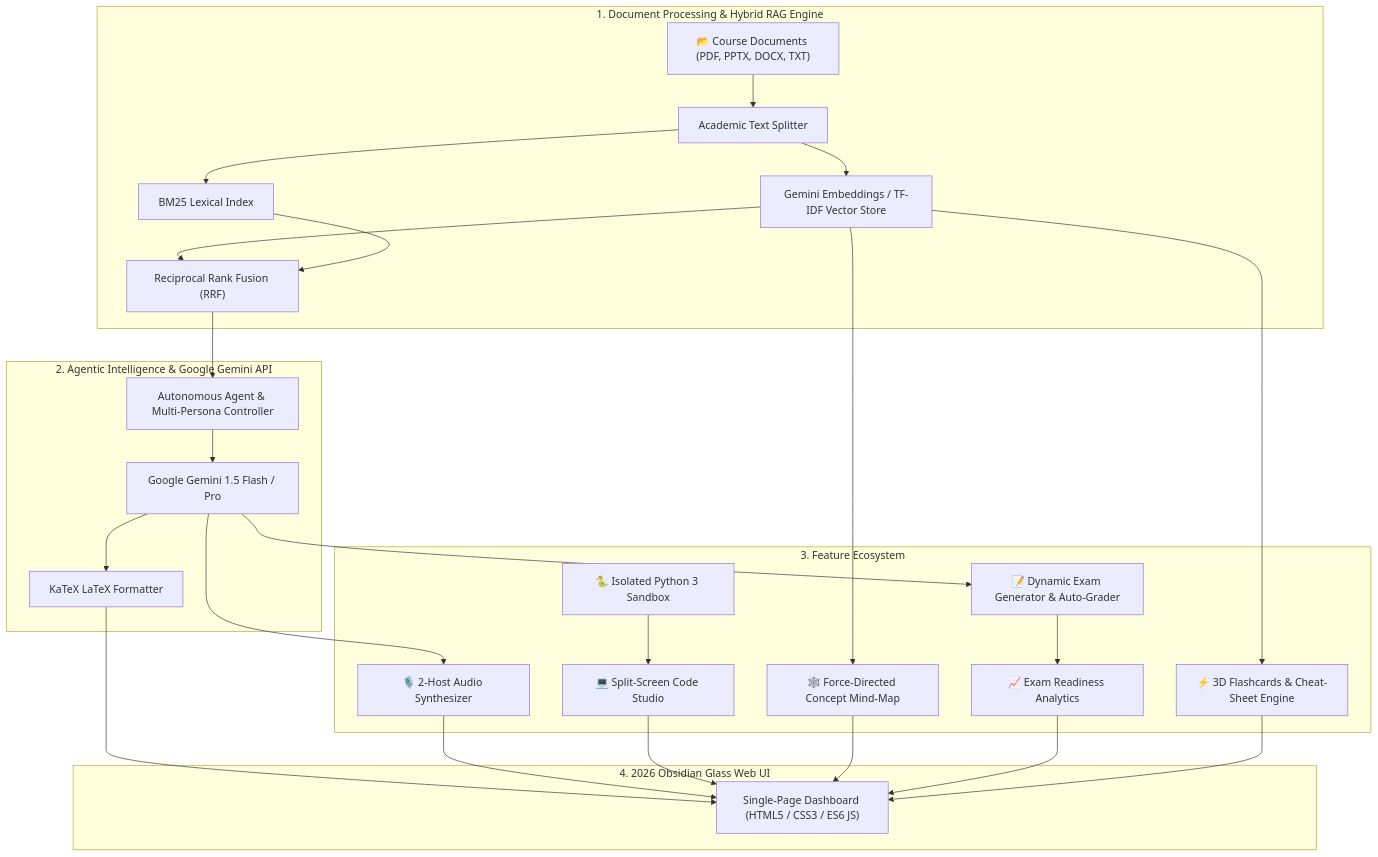
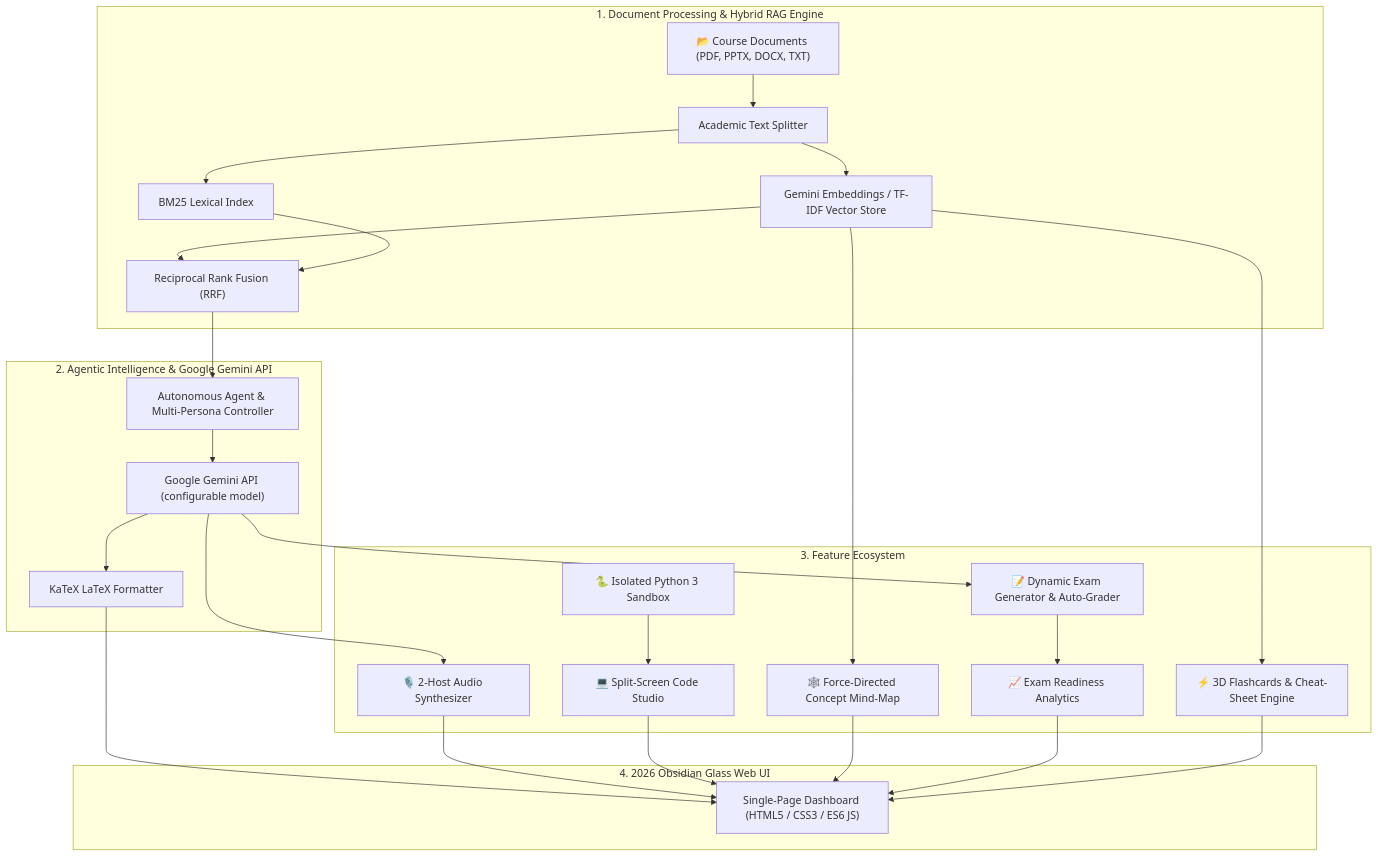
One commit to R0HITHRAO/Syllabus-RAG-AI-Agent changed the diagram in README.md. Above: the diagram before and after it, drawn with Mermaid. The commit also changed 12 other files, not shown here.

````diff
--- a/README.md
+++ b/README.md
@@ -51,28 +51,28 @@
 ```mermaid
 flowchart TD
     subgraph DataEngine["1. Document Processing & Hybrid RAG Engine"]
         Docs["📂 Course Documents (PDF, PPTX, DOCX, TXT)"] --> Splitter["Academic Text Splitter"]
         Splitter --> VectorDB["Gemini Embeddings / TF-IDF Vector Store"]
         Splitter --> BM25["BM25 Lexical Index"]
         VectorDB & BM25 --> RRF["Reciprocal Rank Fusion (RRF)"]
     end
 
     subgraph LLM["2. Agentic Intelligence & Google Gemini API"]
         RRF --> AgentEngine["Autonomous Agent & Multi-Persona Controller"]
-        AgentEngine --> Gemini["Google Gemini 1.5 Flash / Pro"]
+        AgentEngine --> Gemini["Google Gemini API (configurable model)"]
         Gemini --> KaTeX["KaTeX LaTeX Formatter"]
     end
 
     subgraph Features["3. Feature Ecosystem"]
         Gemini --> Podcast["🎙️ 2-Host Audio Synthesizer"]
         Gemini --> QuizGen["📝 Dynamic Exam Generator & Auto-Grader"]
         QuizGen --> Analytics["📈 Exam Readiness Analytics"]
         VectorDB --> Graph["🕸️ Force-Directed Concept Mind-Map"]
         VectorDB --> Flashcards["⚡ 3D Flashcards & Cheat-Sheet Engine"]
         Runner["🐍 Isolated Python 3 Sandbox"] --> Studio["💻 Split-Screen Code Studio"]
     end
 
     subgraph Frontend["4. 2026 Obsidian Glass Web UI"]
         KaTeX & Podcast & Studio & Graph & Analytics & Flashcards --> SinglePageApp["Single-Page Dashboard (HTML5 / CSS3 / ES6 JS)"]
     end
 ```
````
